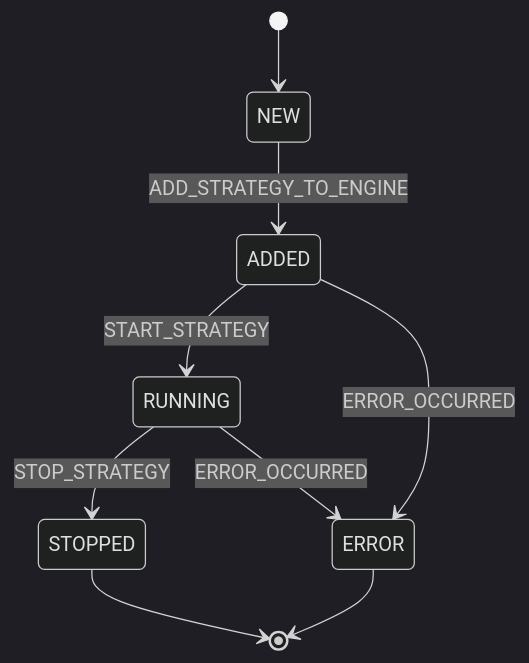
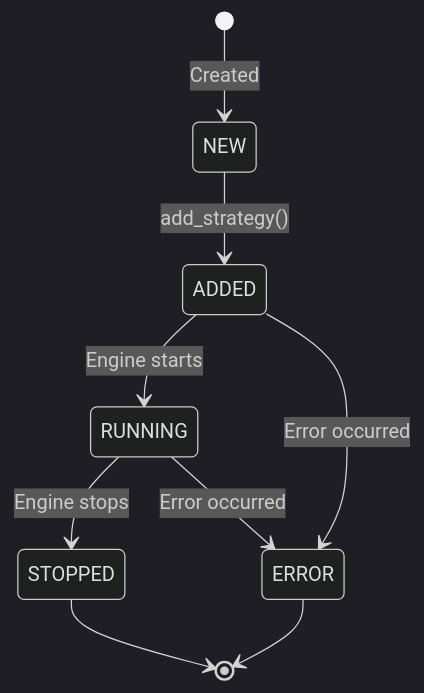
Before and after one commit to stefansimik/suite_trading: the eighth of 9 diagrams in README.md, drawn with Mermaid (dark theme). The commit also changed other lines of this file, not shown here.

````diff
--- a/README.md
+++ b/README.md
@@ -369,11 +513,11 @@
 ```mermaid
 stateDiagram-v2
-    [*] --> NEW
-    NEW --> ADDED: ADD_STRATEGY_TO_ENGINE
-    ADDED --> RUNNING: START_STRATEGY
-    ADDED --> ERROR: ERROR_OCCURRED
-    RUNNING --> STOPPED: STOP_STRATEGY
-    RUNNING --> ERROR: ERROR_OCCURRED
+    [*] --> NEW: Created
+    NEW --> ADDED: add_strategy()
+    ADDED --> RUNNING: Engine starts
+    ADDED --> ERROR: Error occurred
+    RUNNING --> STOPPED: Engine stops
+    RUNNING --> ERROR: Error occurred
     STOPPED --> [*]
     ERROR --> [*]
 ```
````
